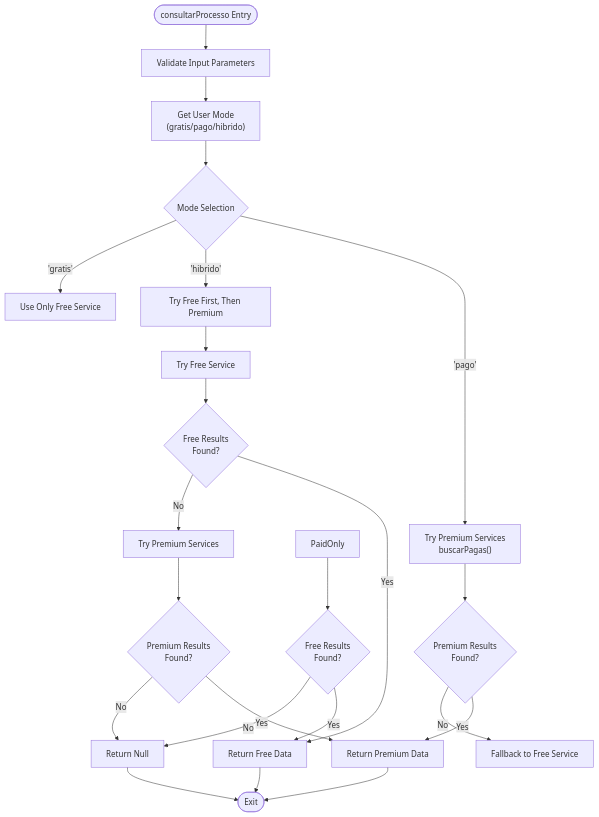
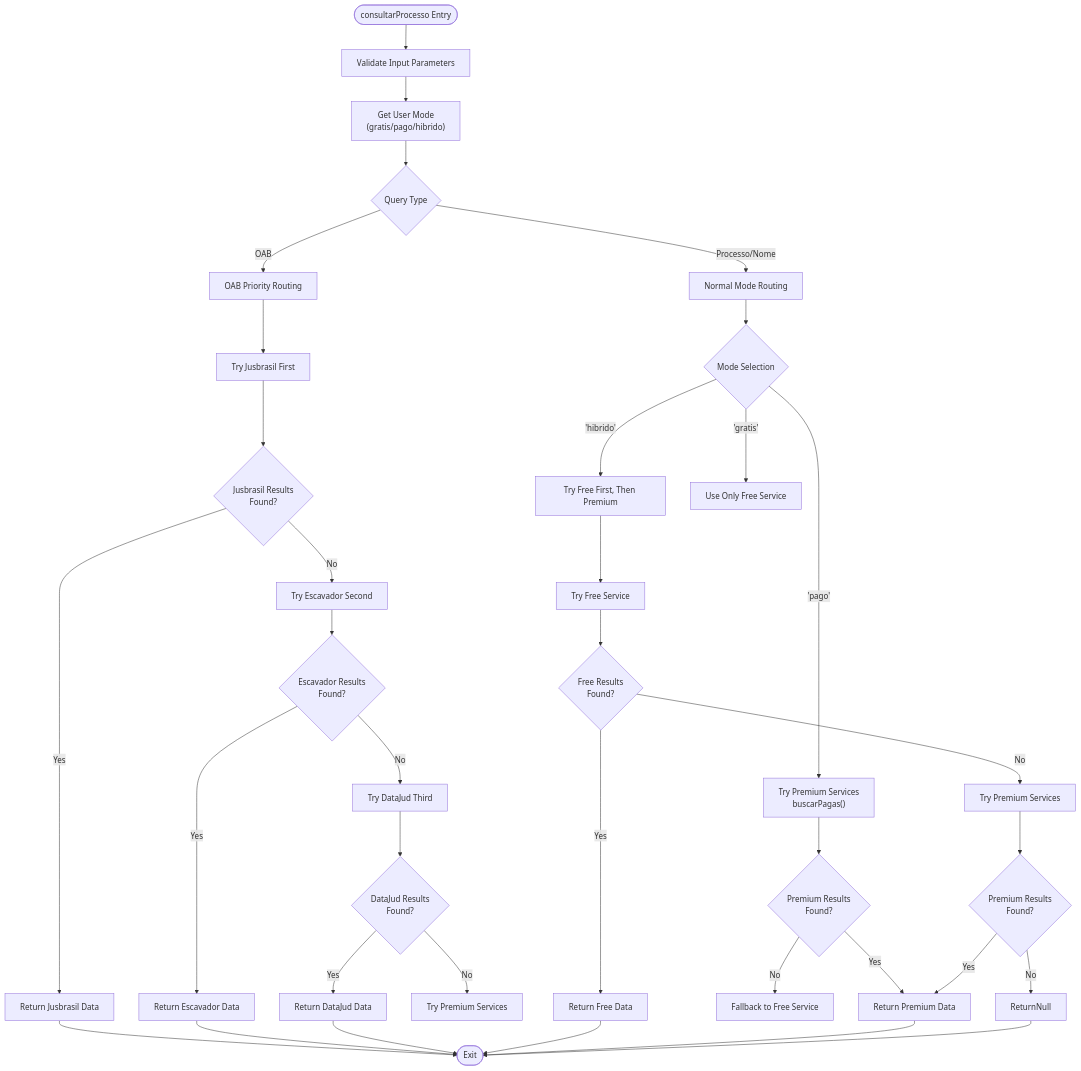
One commit to Alexandrexicara/bot-processos changed the third of 16 diagrams in .qoder/repowiki/en/content/API Integration Layer/API Integration Layer.md. Above: the diagram before and after it, drawn with Mermaid. The commit also changed other lines of this file and 10 other files, not shown here.

````diff
--- a/.qoder/repowiki/en/content/API Integration Layer/API Integration Layer.md
+++ b/.qoder/repowiki/en/content/API Integration Layer/API Integration Layer.md
@@ -233,25 +236,38 @@
 ```mermaid
 flowchart TD
 Start([consultarProcesso Entry]) --> ValidateInput["Validate Input Parameters"]
 ValidateInput --> GetMode["Get User Mode<br/>(gratis/pago/hibrido)"]
-GetMode --> ModeCheck{"Mode Selection"}
+GetMode --> CheckType{"Query Type"}
+CheckType --> |OAB| OABRouting["OAB Priority Routing"]
+CheckType --> |Processo/Nome| NormalRouting["Normal Mode Routing"]
+OABRouting --> JusbrasilFirst["Try Jusbrasil First"]
+JusbrasilFirst --> JusbrasilSuccess{"Jusbrasil Results<br/>Found?"}
+JusbrasilSuccess --> |Yes| ReturnJusbrasil["Return Jusbrasil Data"]
+JusbrasilSuccess --> |No| EscavadorSecond["Try Escavador Second"]
+EscavadorSecond --> EscavadorSuccess{"Escavador Results<br/>Found?"}
+EscavadorSuccess --> |Yes| ReturnEscavador["Return Escavador Data"]
+EscavadorSuccess --> |No| DataJudThird["Try DataJud Third"]
+DataJudThird --> DataJudSuccess{"DataJud Results<br/>Found?"}
+DataJudSuccess --> |Yes| ReturnDataJud["Return DataJud Data"]
+DataJudSuccess --> |No| TryPremium["Try Premium Services"]
+NormalRouting --> ModeCheck{"Mode Selection"}
 ModeCheck --> |'pago'| PaidFirst["Try Premium Services<br/>buscarPagas()"]
 ModeCheck --> |'hibrido'| Hybrid["Try Free First, Then Premium"]
 ModeCheck --> |'gratis'| FreeOnly["Use Only Free Service"]
 PaidFirst --> PaidSuccess{"Premium Results<br/>Found?"}
 PaidSuccess --> |Yes| ReturnPaid["Return Premium Data"]
 PaidSuccess --> |No| FallbackFree["Fallback to Free Service"]
-PaidOnly --> FreeSuccess{"Free Results<br/>Found?"}
-FreeSuccess --> |Yes| ReturnFree["Return Free Data"]
-FreeSuccess --> |No| ReturnNull["Return Null"]
 Hybrid --> TryFree["Try Free Service"]
 TryFree --> FreeFound{"Free Results<br/>Found?"}
-FreeFound --> |Yes| ReturnFree
+FreeFound --> |Yes| ReturnFree["Return Free Data"]
 FreeFound --> |No| TryPaid["Try Premium Services"]
 TryPaid --> PaidFound{"Premium Results<br/>Found?"}
 PaidFound --> |Yes| ReturnPaid
 PaidFound --> |No| ReturnNull
-ReturnFree --> End([Exit])
+ReturnJusbrasil --> End([Exit])
+ReturnEscavador --> End
+ReturnDataJud --> End
+ReturnFree --> End
 ReturnPaid --> End
 ReturnNull --> End
 ```
````
